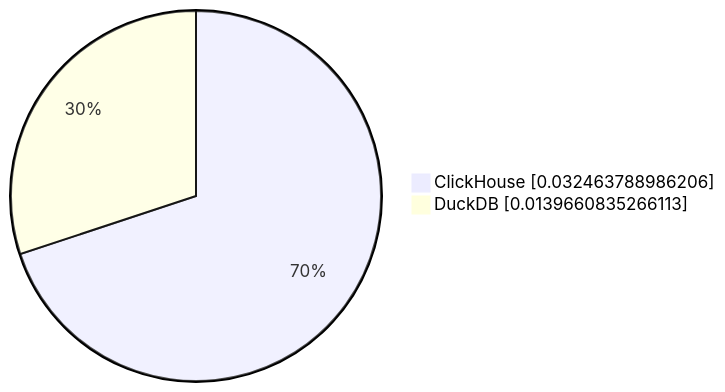
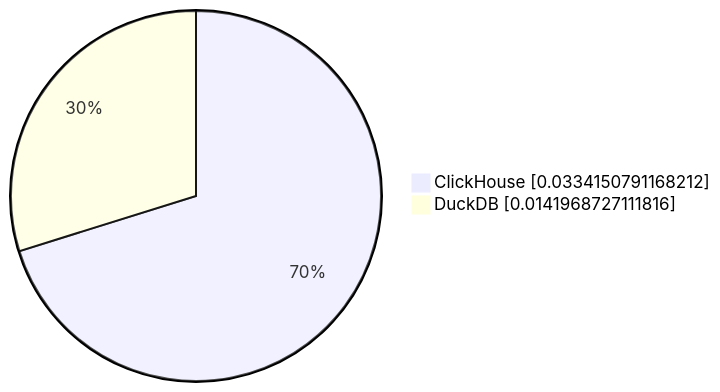
One commit to Altinity/clickhouse-regression changed the second of 10 diagrams in parquet/performance/results/README.md. Above: the diagram before and after it, drawn with Mermaid. The commit also changed other lines of this file and 3 other files, not shown here.

````diff
--- a/parquet/performance/results/README.md
+++ b/parquet/performance/results/README.md
@@ -18,5 +18,5 @@
 ```mermaid
      pie showData
-         "ClickHouse" : 0.032463788986206
-         "DuckDB" : 0.0139660835266113
+         "ClickHouse" : 0.0334150791168212
+         "DuckDB" : 0.0141968727111816
 ```
````
